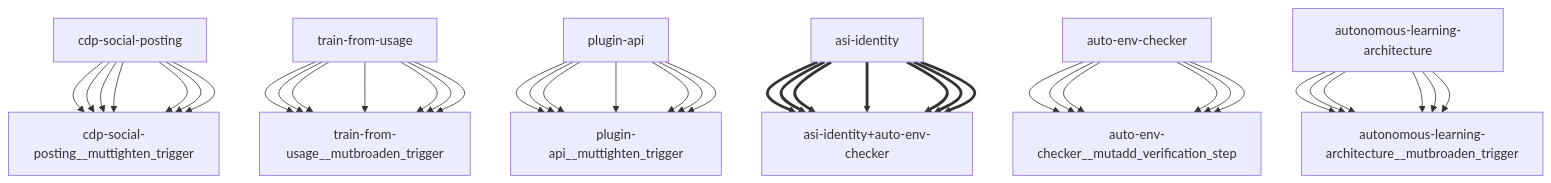
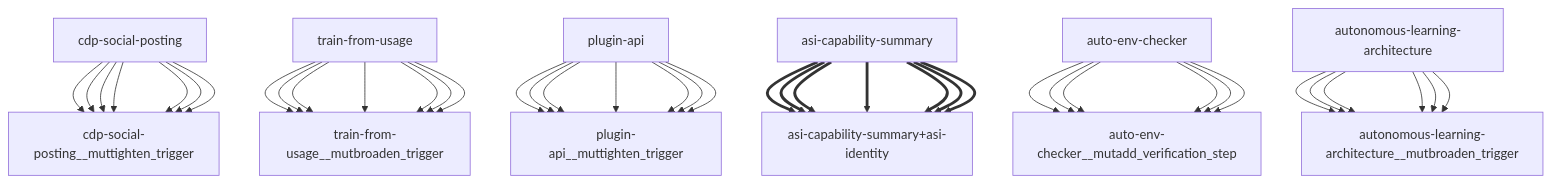
The diagram in reports/darwin-report.md (openamer/openamer), drawn with Mermaid before and after one commit. The commit also changed other lines of this file and 31 other files, not shown here.

````diff
--- a/reports/darwin-report.md
+++ b/reports/darwin-report.md
@@ -67,43 +68,43 @@
 ```mermaid
 graph TD
     cdp-social-posting["cdp-social-posting"] --> cdp-social-posting__muttighten_trigger["cdp-social-posting__muttighten_trigger"]
     train-from-usage["train-from-usage"] --> train-from-usage__mutbroaden_trigger["train-from-usage__mutbroaden_trigger"]
     plugin-api["plugin-api"] --> plugin-api__muttighten_trigger["plugin-api__muttighten_trigger"]
-    asi-identity["asi-identity"] ==> asi-identity+auto-env-checker["asi-identity+auto-env-checker"]
+    asi-capability-summary["asi-capability-summary"] ==> asi-capability-summary+asi-identity["asi-capability-summary+asi-identity"]
     auto-env-checker["auto-env-checker"] --> auto-env-checker__mutadd_verification_step["auto-env-checker__mutadd_verification_step"]
     autonomous-learning-architecture["autonomous-learning-architecture"] --> autonomous-learning-architecture__mutbroaden_trigger["autonomous-learning-architecture__mutbroaden_trigger"]
     cdp-social-posting["cdp-social-posting"] --> cdp-social-posting__muttighten_trigger["cdp-social-posting__muttighten_trigger"]
     train-from-usage["train-from-usage"] --> train-from-usage__mutbroaden_trigger["train-from-usage__mutbroaden_trigger"]
     plugin-api["plugin-api"] --> plugin-api__muttighten_trigger["plugin-api__muttighten_trigger"]
-    asi-identity["asi-identity"] ==> asi-identity+auto-env-checker["asi-identity+auto-env-checker"]
+    asi-capability-summary["asi-capability-summary"] ==> asi-capability-summary+asi-identity["asi-capability-summary+asi-identity"]
     auto-env-checker["auto-env-checker"] --> auto-env-checker__mutadd_verification_step["auto-env-checker__mutadd_verification_step"]
     autonomous-learning-architecture["autonomous-learning-architecture"] --> autonomous-learning-architecture__mutbroaden_trigger["autonomous-learning-architecture__mutbroaden_trigger"]
     cdp-social-posting["cdp-social-posting"] --> cdp-social-posting__muttighten_trigger["cdp-social-posting__muttighten_trigger"]
     train-from-usage["train-from-usage"] --> train-from-usage__mutbroaden_trigger["train-from-usage__mutbroaden_trigger"]
     plugin-api["plugin-api"] --> plugin-api__muttighten_trigger["plugin-api__muttighten_trigger"]
-    asi-identity["asi-identity"] ==> asi-identity+auto-env-checker["asi-identity+auto-env-checker"]
+    asi-capability-summary["asi-capability-summary"] ==> asi-capability-summary+asi-identity["asi-capability-summary+asi-identity"]
     auto-env-checker["auto-env-checker"] --> auto-env-checker__mutadd_verification_step["auto-env-checker__mutadd_verification_step"]
     autonomous-learning-architecture["autonomous-learning-architecture"] --> autonomous-learning-architecture__mutbroaden_trigger["autonomous-learning-architecture__mutbroaden_trigger"]
     cdp-social-posting["cdp-social-posting"] --> cdp-social-posting__muttighten_trigger["cdp-social-posting__muttighten_trigger"]
     train-from-usage["train-from-usage"] --> train-from-usage__mutbroaden_trigger["train-from-usage__mutbroaden_trigger"]
     plugin-api["plugin-api"] --> plugin-api__muttighten_trigger["plugin-api__muttighten_trigger"]
-    asi-identity["asi-identity"] ==> asi-identity+auto-env-checker["asi-identity+auto-env-checker"]
+    asi-capability-summary["asi-capability-summary"] ==> asi-capability-summary+asi-identity["asi-capability-summary+asi-identity"]
     auto-env-checker["auto-env-checker"] --> auto-env-checker__mutadd_verification_step["auto-env-checker__mutadd_verification_step"]
     autonomous-learning-architecture["autonomous-learning-architecture"] --> autonomous-learning-architecture__mutbroaden_trigger["autonomous-learning-architecture__mutbroaden_trigger"]
     cdp-social-posting["cdp-social-posting"] --> cdp-social-posting__muttighten_trigger["cdp-social-posting__muttighten_trigger"]
     train-from-usage["train-from-usage"] --> train-from-usage__mutbroaden_trigger["train-from-usage__mutbroaden_trigger"]
     plugin-api["plugin-api"] --> plugin-api__muttighten_trigger["plugin-api__muttighten_trigger"]
-    asi-identity["asi-identity"] ==> asi-identity+auto-env-checker["asi-identity+auto-env-checker"]
+    asi-capability-summary["asi-capability-summary"] ==> asi-capability-summary+asi-identity["asi-capability-summary+asi-identity"]
     auto-env-checker["auto-env-checker"] --> auto-env-checker__mutadd_verification_step["auto-env-checker__mutadd_verification_step"]
     autonomous-learning-architecture["autonomous-learning-architecture"] --> autonomous-learning-architecture__mutbroaden_trigger["autonomous-learning-architecture__mutbroaden_trigger"]
     cdp-social-posting["cdp-social-posting"] --> cdp-social-posting__muttighten_trigger["cdp-social-posting__muttighten_trigger"]
     train-from-usage["train-from-usage"] --> train-from-usage__mutbroaden_trigger["train-from-usage__mutbroaden_trigger"]
     plugin-api["plugin-api"] --> plugin-api__muttighten_trigger["plugin-api__muttighten_trigger"]
-    asi-identity["asi-identity"] ==> asi-identity+auto-env-checker["asi-identity+auto-env-checker"]
+    asi-capability-summary["asi-capability-summary"] ==> asi-capability-summary+asi-identity["asi-capability-summary+asi-identity"]
     auto-env-checker["auto-env-checker"] --> auto-env-checker__mutadd_verification_step["auto-env-checker__mutadd_verification_step"]
     autonomous-learning-architecture["autonomous-learning-architecture"] --> autonomous-learning-architecture__mutbroaden_trigger["autonomous-learning-architecture__mutbroaden_trigger"]
     cdp-social-posting["cdp-social-posting"] --> cdp-social-posting__muttighten_trigger["cdp-social-posting__muttighten_trigger"]
     train-from-usage["train-from-usage"] --> train-from-usage__mutbroaden_trigger["train-from-usage__mutbroaden_trigger"]
     plugin-api["plugin-api"] --> plugin-api__muttighten_trigger["plugin-api__muttighten_trigger"]
-    asi-identity["asi-identity"] ==> asi-identity+auto-env-checker["asi-identity+auto-env-checker"]
+    asi-capability-summary["asi-capability-summary"] ==> asi-capability-summary+asi-identity["asi-capability-summary+asi-identity"]
 ```
````
